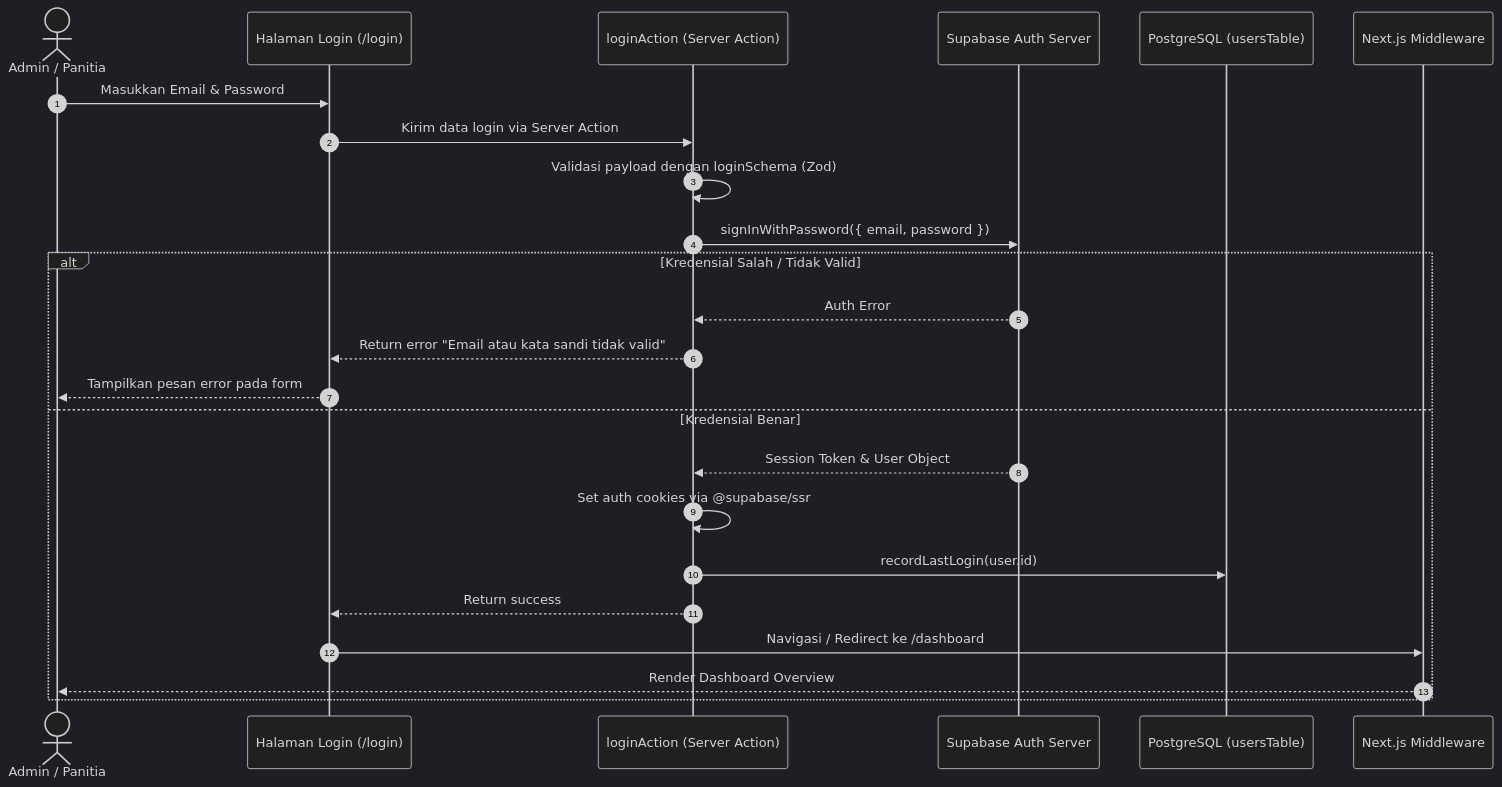
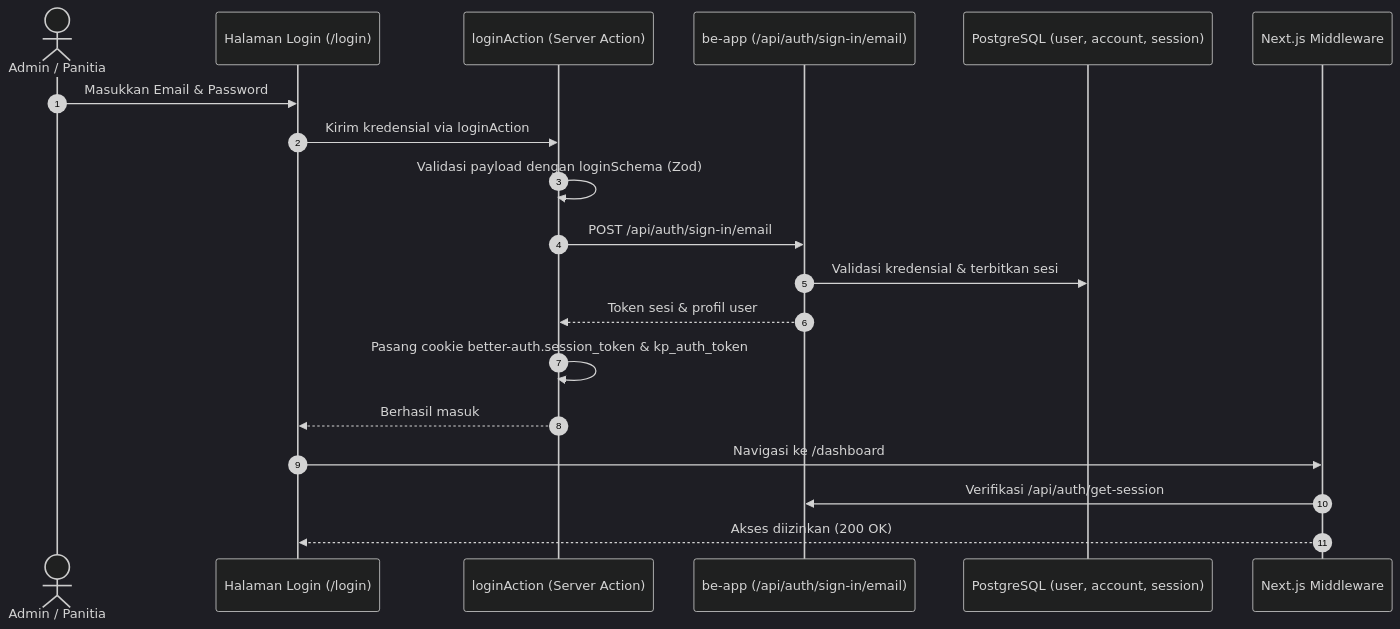
Before and after one commit to RizqiAndri07/kemas-2025: the first of 2 diagrams in docs/feateures/auth-feature.md, drawn with Mermaid (dark theme). The commit also changed other lines of this file and 8 other files, not shown here.

Commit message:
update auth: now use better auth

````diff
--- a/docs/feateures/auth-feature.md
+++ b/docs/feateures/auth-feature.md
@@ -47,27 +34,22 @@
 ```mermaid
 sequenceDiagram
     autonumber
     actor Admin as Admin / Panitia
     participant UI as Halaman Login (/login)
     participant Action as loginAction (Server Action)
-    participant Supabase as Supabase Auth Server
-    participant DB as PostgreSQL (usersTable)
+    participant BEAuth as be-app (/api/auth/sign-in/email)
+    participant DB as PostgreSQL (user, account, session)
     participant MW as Next.js Middleware
 
     Admin->>UI: Masukkan Email & Password
-    UI->>Action: Kirim data login via Server Action
+    UI->>Action: Kirim kredensial via loginAction
     Action->>Action: Validasi payload dengan loginSchema (Zod)
-    Action->>Supabase: signInWithPassword({ email, password })
-    alt Kredensial Salah / Tidak Valid
-        Supabase-->>Action: Auth Error
-        Action-->>UI: Return error "Email atau kata sandi tidak valid"
-        UI-->>Admin: Tampilkan pesan error pada form
-    else Kredensial Benar
-        Supabase-->>Action: Session Token & User Object
-        Action->>Action: Set auth cookies via @supabase/ssr
-        Action->>DB: recordLastLogin(user.id)
-        Action-->>UI: Return success
-        UI->>MW: Navigasi / Redirect ke /dashboard
-        MW-->>Admin: Render Dashboard Overview
-    end
+    Action->>BEAuth: POST /api/auth/sign-in/email
+    BEAuth->>DB: Validasi kredensial & terbitkan sesi
+    BEAuth-->>Action: Token sesi & profil user
+    Action->>Action: Pasang cookie better-auth.session_token & kp_auth_token
+    Action-->>UI: Berhasil masuk
+    UI->>MW: Navigasi ke /dashboard
+    MW->>BEAuth: Verifikasi /api/auth/get-session
+    MW-->>UI: Akses diizinkan (200 OK)
 ```
````
